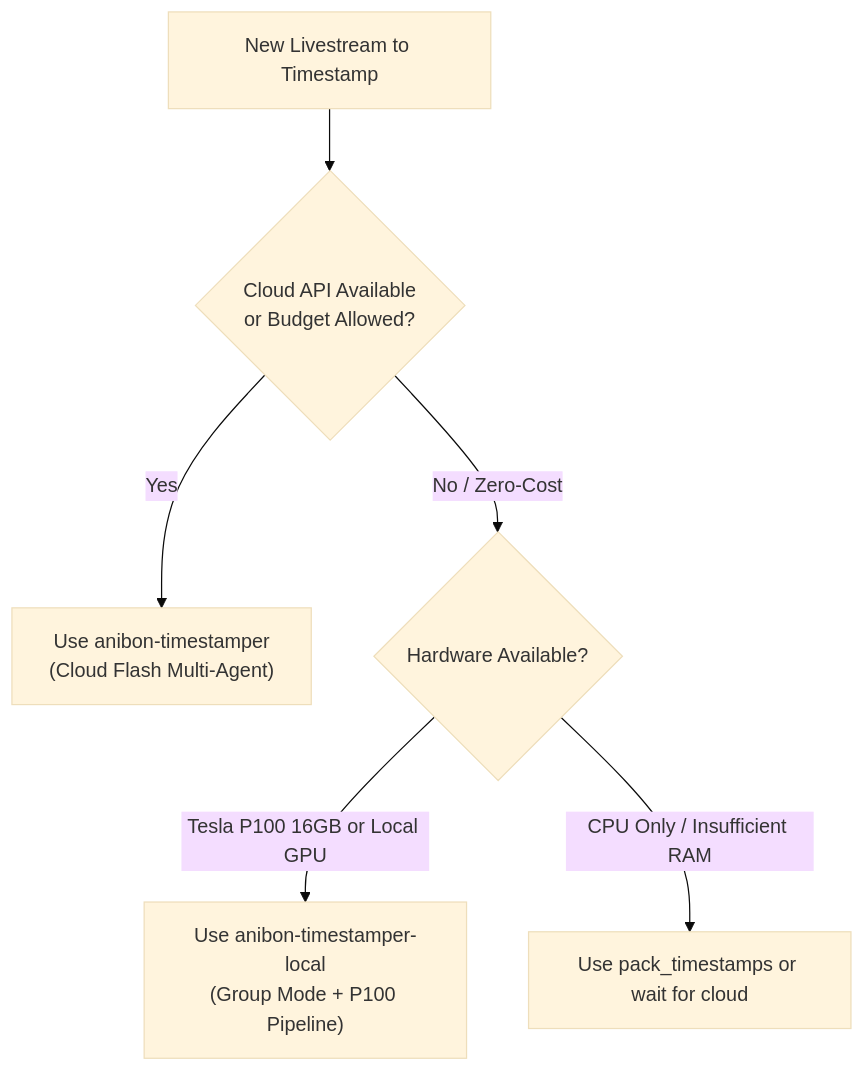
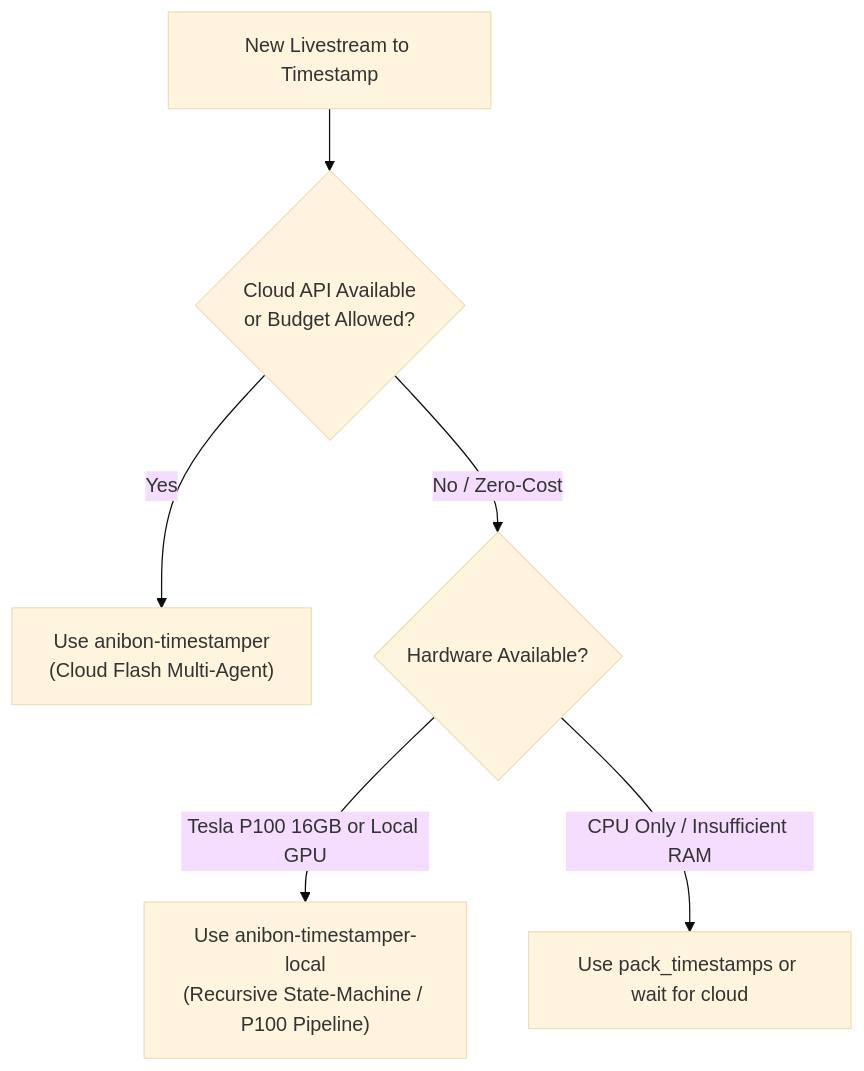
One commit to ZenitHTH/anibon-stream-synthesis changed the diagram in skills/anibon-timestamper-local/SKILL.md. Above: the diagram before and after it, drawn with Mermaid (base theme). The commit also changed other lines of this file and 1 other file, not shown here.

Commit message:
feat(local): implement recursive rolling summary state-machine mode

````diff
--- a/skills/anibon-timestamper-local/SKILL.md
+++ b/skills/anibon-timestamper-local/SKILL.md
@@ -14,8 +14,8 @@
 ```mermaid
 flowchart TD
     Start["New Livestream to Timestamp"] --> Q1{"Cloud API Available<br/>or Budget Allowed?"}
     Q1 -->|Yes| Orchestrator["Use anibon-timestamper<br/>(Cloud Flash Multi-Agent)"]
     Q1 -->|No / Zero-Cost| Q2{"Hardware Available?"}
-    Q2 -->|Tesla P100 16GB or Local GPU| LocalSkill["Use anibon-timestamper-local<br/>(Group Mode + P100 Pipeline)"]
+    Q2 -->|Tesla P100 16GB or Local GPU| LocalSkill["Use anibon-timestamper-local<br/>(Recursive State-Machine / P100 Pipeline)"]
     Q2 -->|CPU Only / Insufficient RAM| Fallback["Use pack_timestamps or wait for cloud"]
 ```
````
